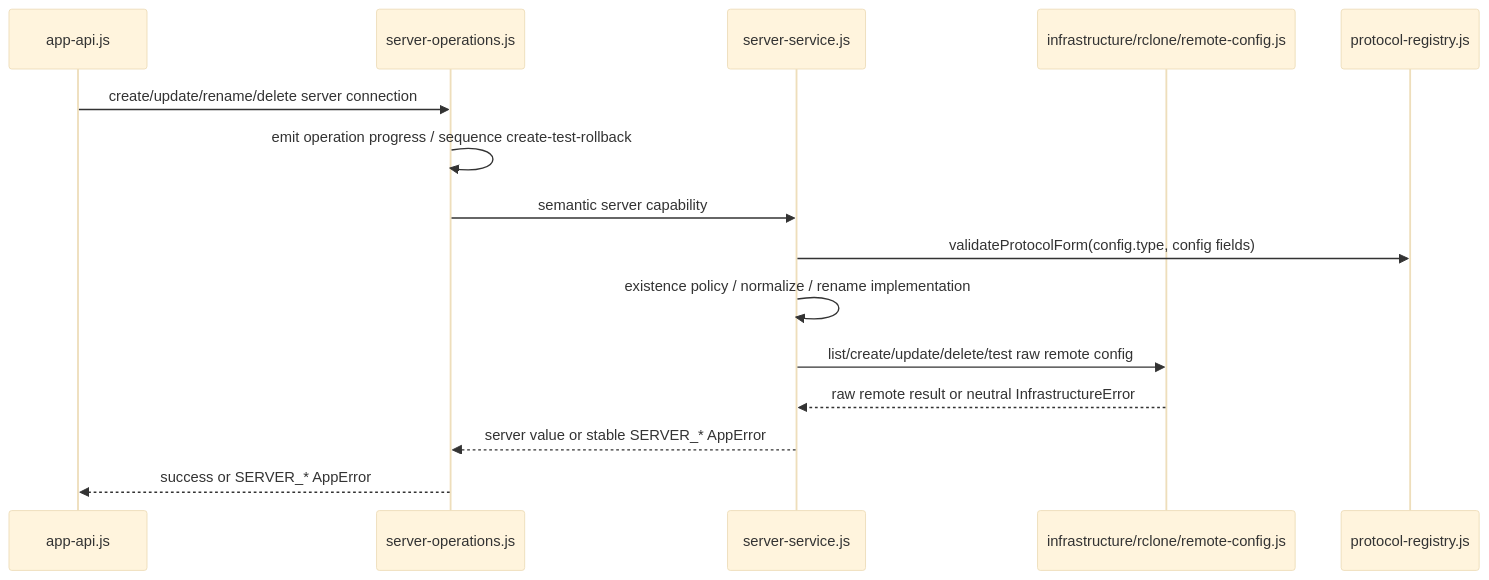
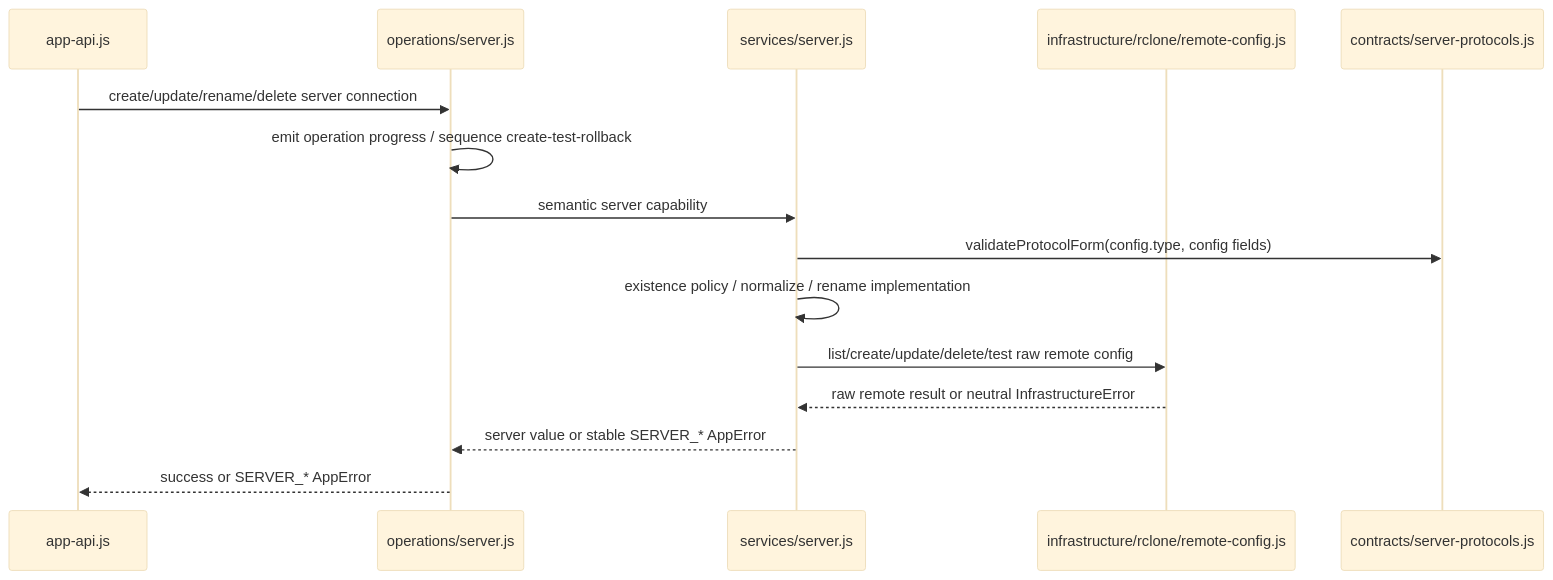
The third of 4 diagrams in docs/Architecture.md (agalloch21/sync-with-rclone), drawn with Mermaid (base theme) before and after one commit. The commit also changed other lines of this file and 64 other files, not shown here.

````diff
--- a/docs/Architecture.md
+++ b/docs/Architecture.md
@@ -508,18 +509,18 @@
 ```mermaid
 sequenceDiagram
   participant APP as app-api.js
-  participant SO as server-operations.js
-  participant SS as server-service.js
+  participant SO as operations/server.js
+  participant SS as services/server.js
   participant RC as infrastructure/rclone/remote-config.js
-  participant PR as protocol-registry.js
+  participant PR as contracts/server-protocols.js
 
   APP->>SO: create/update/rename/delete server connection
   SO->>SO: emit operation progress / sequence create-test-rollback
   SO->>SS: semantic server capability
   SS->>PR: validateProtocolForm(config.type, config fields)
   SS->>SS: existence policy / normalize / rename implementation
   SS->>RC: list/create/update/delete/test raw remote config
   RC-->>SS: raw remote result or neutral InfrastructureError
   SS-->>SO: server value or stable SERVER_* AppError
   SO-->>APP: success or SERVER_* AppError
 ```
````
